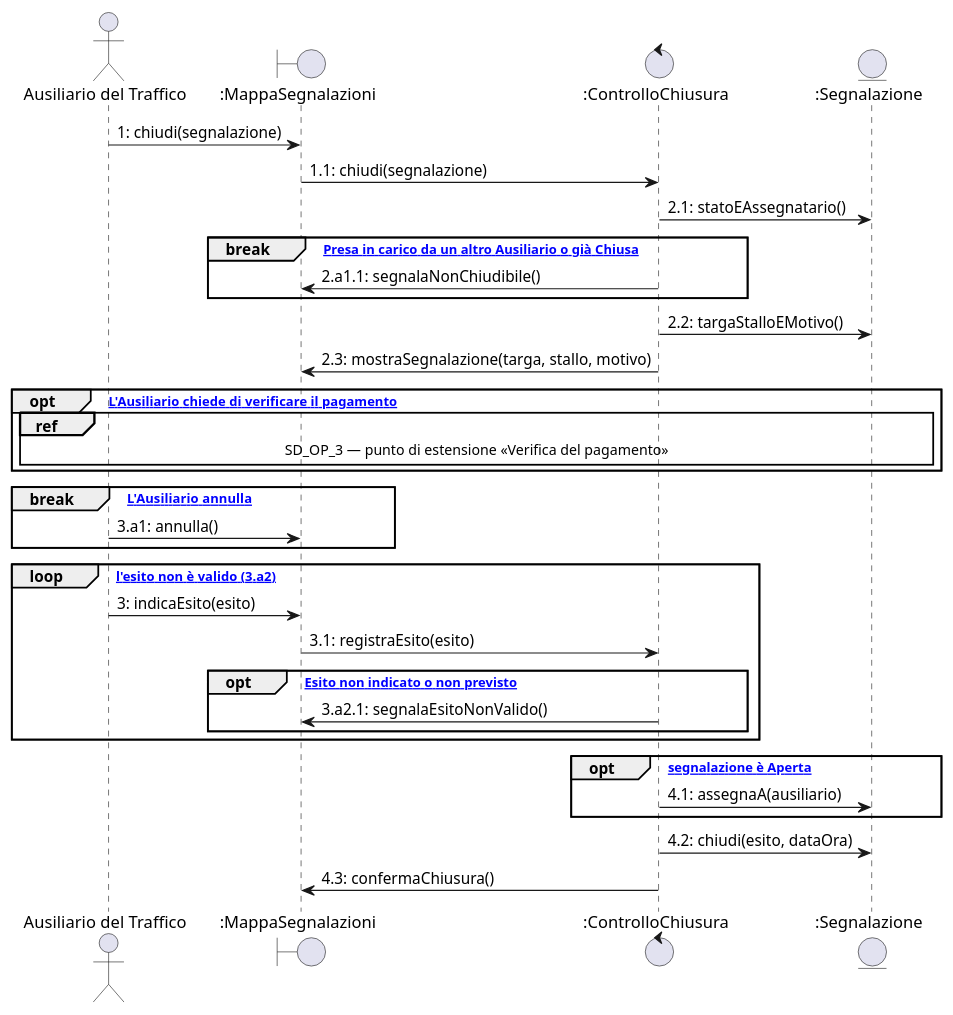
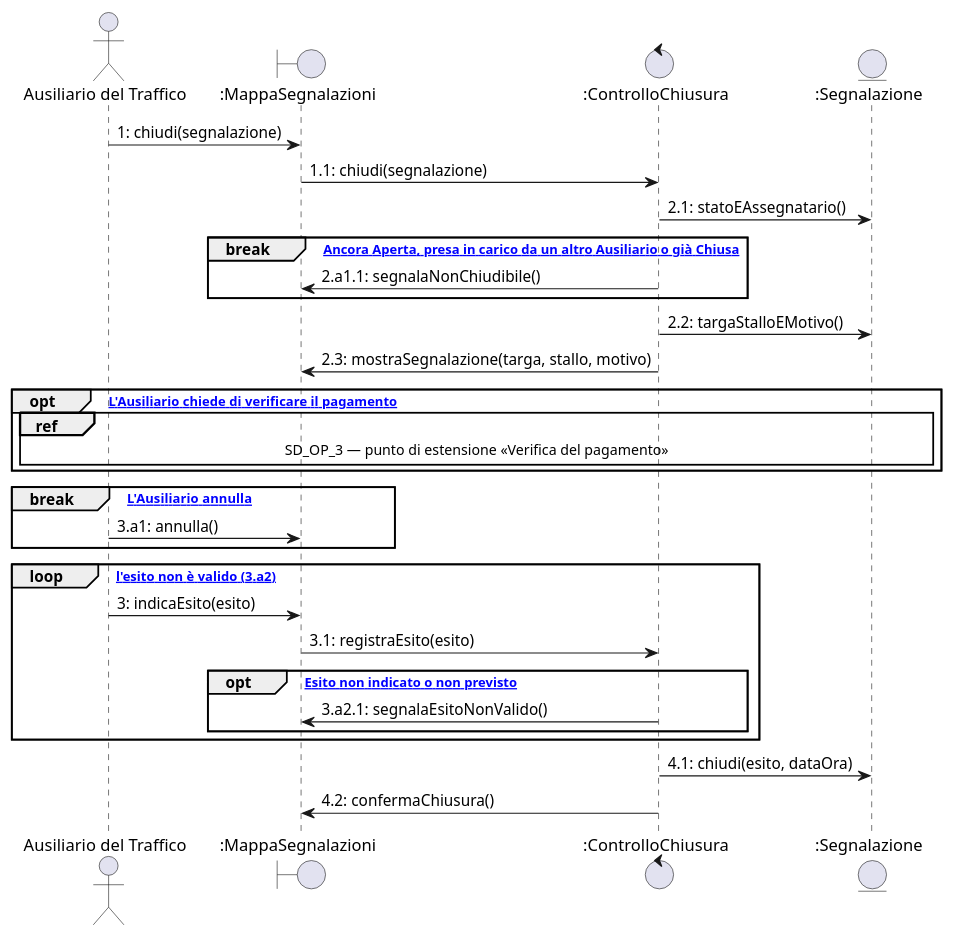
Before and after one commit to PM-C07/PM-OmniPark: the diagram in docs/rad/sequence/sd_op_4.puml, drawn with PlantUML. The commit also changed 23 other files, not shown here.

First line of the commit message:
OMP-63: chiusura solo dopo la presa in carico, test e specifiche della parte A

```diff
--- a/docs/rad/sequence/sd_op_4.puml
+++ b/docs/rad/sequence/sd_op_4.puml
@@ -1,41 +1,39 @@
 @startuml sd_op_4
+' Allineato al RAD 0.6 (OMP-63, issue #40): si chiude solo una segnalazione Presa in carico dallo
+' stesso Ausiliario; tolto l'opt [la segnalazione è Aperta] assegnaA (SCD_3, UC_OP_4).
 actor "Ausiliario del Traffico" as Aus
 boundary ":MappaSegnalazioni" as UI
 control ":ControlloChiusura" as Ctrl
 entity ":Segnalazione" as Segn
 
 Aus -> UI : 1: chiudi(segnalazione)
 UI -> Ctrl : 1.1: chiudi(segnalazione)
 Ctrl -> Segn : 2.1: statoEAssegnatario()
 
-break [2.a1 Presa in carico da un altro Ausiliario o già Chiusa]
+break [2.a1 Ancora Aperta, presa in carico da un altro Ausiliario o già Chiusa]
   Ctrl -> UI : 2.a1.1: segnalaNonChiudibile()
 end
 
 Ctrl -> Segn : 2.2: targaStalloEMotivo()
 Ctrl -> UI : 2.3: mostraSegnalazione(targa, stallo, motivo)
 
 opt [2.a2 L'Ausiliario chiede di verificare il pagamento]
   ref over Aus, UI, Ctrl, Segn : SD_OP_3 — punto di estensione «Verifica del pagamento»
 end
 
 break [3.a1 L'Ausiliario annulla]
   Aus -> UI : 3.a1: annulla()
 end
 
 loop [finché l'esito non è valido (3.a2)]
   Aus -> UI : 3: indicaEsito(esito)
   UI -> Ctrl : 3.1: registraEsito(esito)
 
   opt [3.a2 Esito non indicato o non previsto]
     Ctrl -> UI : 3.a2.1: segnalaEsitoNonValido()
   end
 end
 
-opt [la segnalazione è Aperta]
-  Ctrl -> Segn : 4.1: assegnaA(ausiliario)
-end
-
-Ctrl -> Segn : 4.2: chiudi(esito, dataOra)
-Ctrl -> UI : 4.3: confermaChiusura()
+Ctrl -> Segn : 4.1: chiudi(esito, dataOra)
+Ctrl -> UI : 4.2: confermaChiusura()
 @enduml
```
